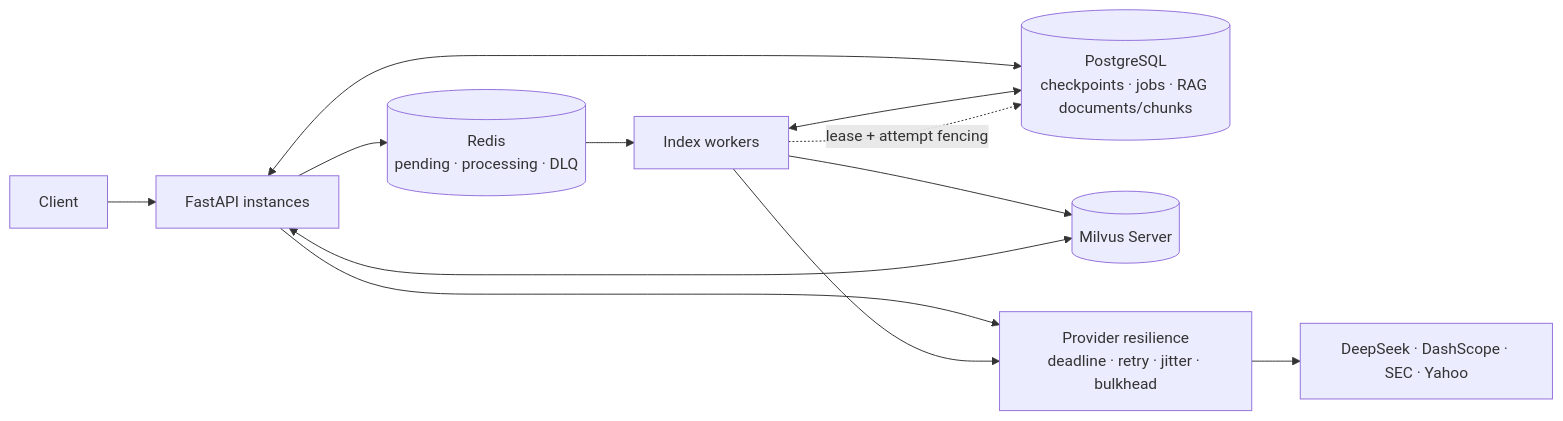
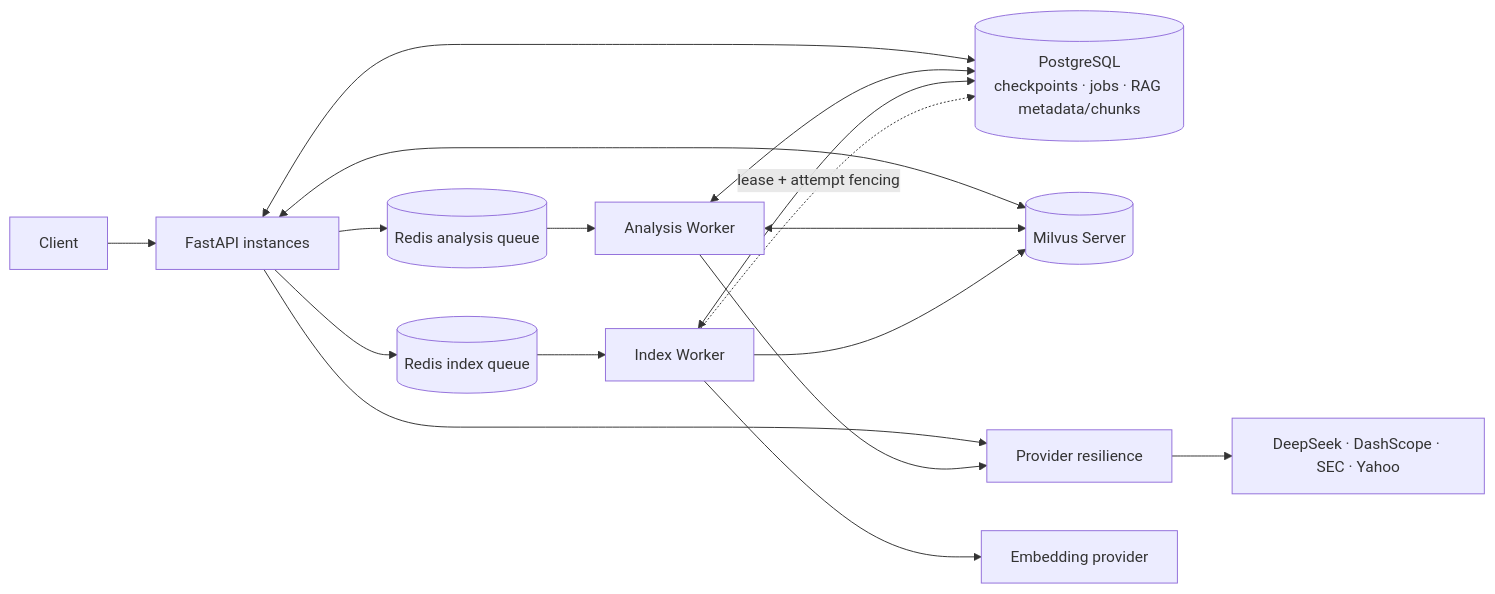
Before and after one commit to majiali423/lumenfin-agent: the second of 2 diagrams in README.md, drawn with Mermaid. The commit also changed other lines of this file and 4 other files, not shown here.

````diff
--- a/README.md
+++ b/README.md
@@ -283,18 +306,24 @@
 ```mermaid
 flowchart LR
     CLIENT["Client"] --> API["FastAPI instances"]
 
-    API <--> PG[("PostgreSQL<br/>checkpoints · jobs · RAG documents/chunks")]
-    API --> REDIS[("Redis<br/>pending · processing · DLQ")]
-    REDIS --> WORKER["Index workers"]
+    API <--> PG[("PostgreSQL<br/>checkpoints · jobs · RAG metadata/chunks")]
+    API --> AQ[("Redis analysis queue")]
+    API --> IQ[("Redis index queue")]
 
-    WORKER <--> PG
-    WORKER --> MILVUS[("Milvus Server")]
-    API <--> MILVUS
+    AQ --> AW["Analysis Worker"]
+    IQ --> IW["Index Worker"]
 
-    API --> RES["Provider resilience<br/>deadline · retry · jitter · bulkhead"]
-    WORKER --> RES
-    RES --> EXT["DeepSeek · DashScope · SEC · Yahoo"]
+    AW <--> PG
+    IW <--> PG
+    API <--> MV[("Milvus Server")]
+    AW <--> MV
+    IW --> MV
 
-    WORKER -. "lease + attempt fencing" .-> PG
+    API --> PR["Provider resilience"]
+    AW --> PR
+    IW --> EMB["Embedding provider"]
+    PR --> EXT["DeepSeek · DashScope · SEC · Yahoo"]
+
+    IW -. "lease + attempt fencing" .-> PG
 ```
````
